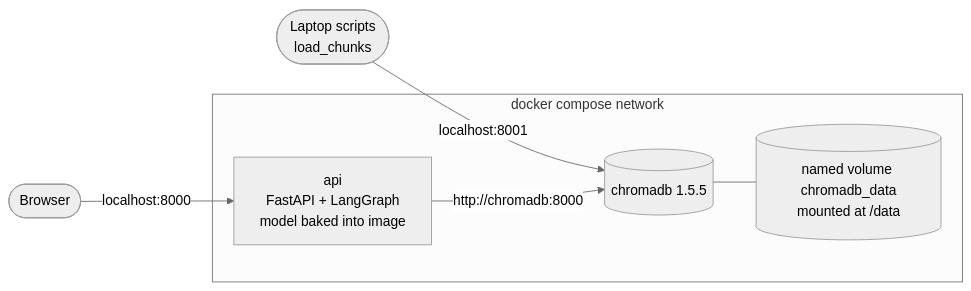
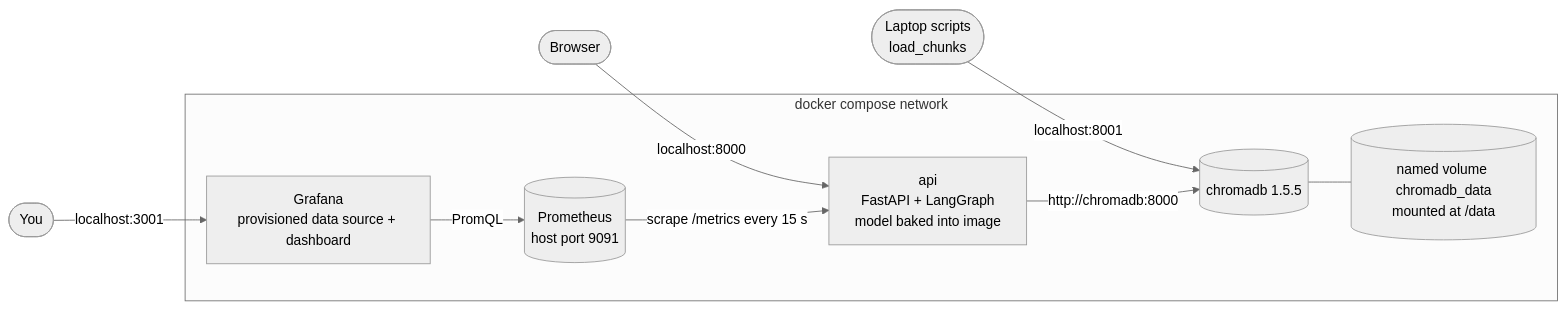
The second of 5 diagrams in README.md (arbaz-shaik/financial-doc-intelligence), drawn with Mermaid (neutral theme) before and after one commit. The commit also changed other lines of this file and 2 other files, not shown here.

````diff
--- a/README.md
+++ b/README.md
@@ -85,10 +90,13 @@
 ```mermaid
 flowchart LR
     browser(["Browser"]) -->|"localhost:8000"| api
     scripts(["Laptop scripts<br/>load_chunks"]) -->|"localhost:8001"| chroma
+    you(["You"]) -->|"localhost:3001"| grafana
 
     subgraph net["docker compose network"]
         api["api<br/>FastAPI + LangGraph<br/>model baked into image"] -->|"http://chromadb:8000"| chroma[("chromadb 1.5.5")]
         chroma --- vol[("named volume chromadb_data<br/>mounted at /data")]
+        prom[("Prometheus<br/>host port 9091")] -->|"scrape /metrics every 15 s"| api
+        grafana["Grafana<br/>provisioned data source + dashboard"] -->|"PromQL"| prom
     end
 ```
````
